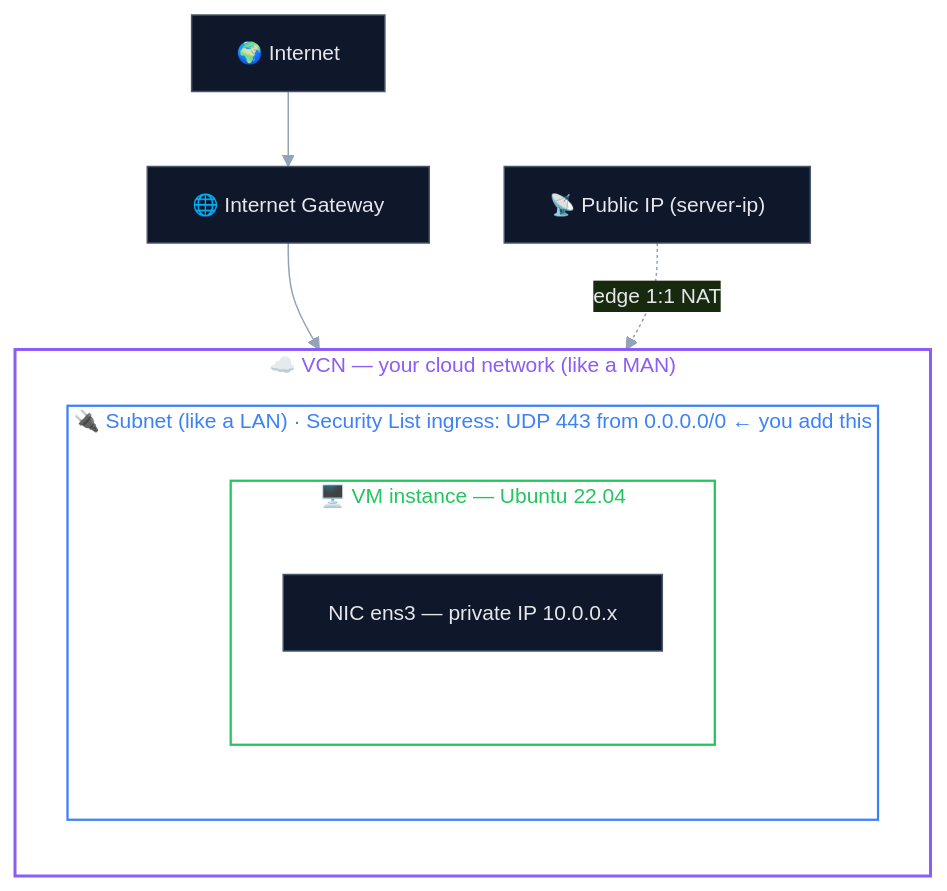
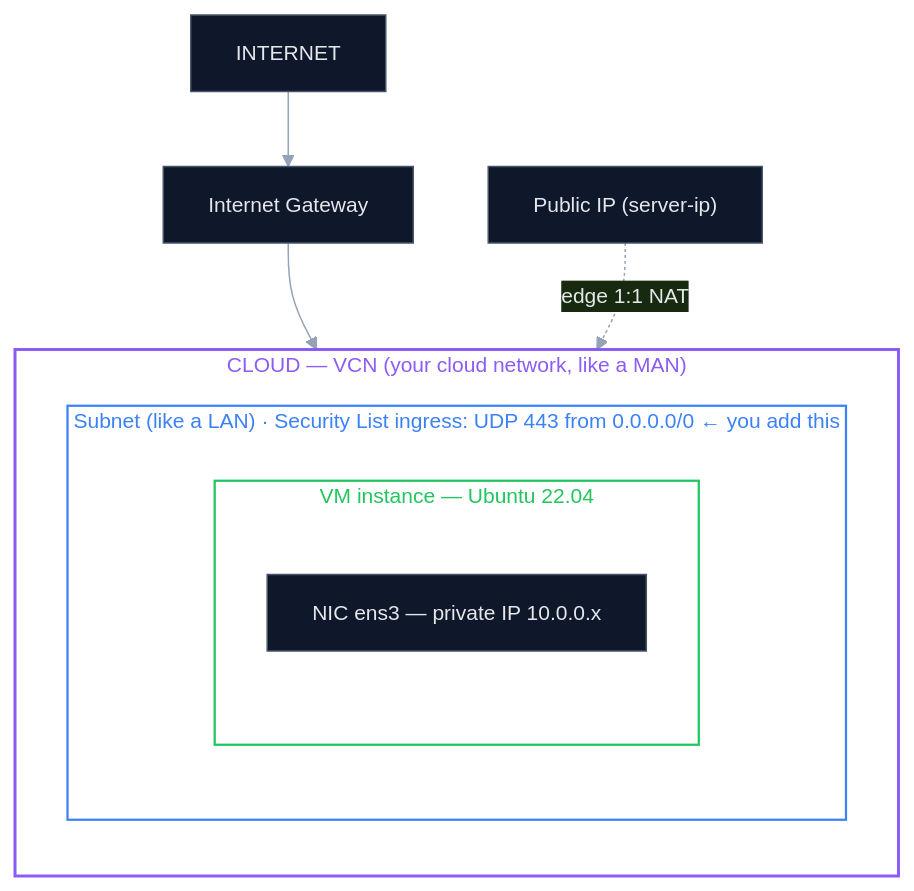
One commit to codereyinish/ColdVPN changed the diagram in server/CREATE-VM.md. Above: the diagram before and after it, drawn with Mermaid. The commit also changed 1 other file, not shown here.

Commit message:
Diagrams: plain names (CARRIER/CLOUD/VM/INTERNET) instead of emoji

````diff
--- a/server/CREATE-VM.md
+++ b/server/CREATE-VM.md
@@ -17,23 +17,23 @@
 ```mermaid
 %%{init: {'theme':'base','themeVariables':{'primaryColor':'#0f172a','primaryTextColor':'#e5e7eb','primaryBorderColor':'#475569','lineColor':'#94a3b8','fontSize':'14px'}}}%%
 flowchart TD
-    Net["🌍 Internet"] --> IGW["🌐 Internet Gateway"]
+    Net["INTERNET"] --> IGW["Internet Gateway"]
     IGW --> VCN
 
-    subgraph VCN["☁️ VCN — your cloud network (like a MAN)"]
+    subgraph VCN["CLOUD — VCN (your cloud network, like a MAN)"]
         direction TB
-        subgraph SUB["🔌 Subnet (like a LAN) · Security List ingress: UDP 443 from 0.0.0.0/0 ← you add this"]
+        subgraph SUB["Subnet (like a LAN) · Security List ingress: UDP 443 from 0.0.0.0/0 ← you add this"]
             direction TB
-            subgraph VM["🖥️ VM instance — Ubuntu 22.04"]
+            subgraph VM["VM instance — Ubuntu 22.04"]
                 direction TB
                 ENS3["NIC ens3 — private IP 10.0.0.x"]
             end
         end
     end
 
-    PUB["📡 Public IP (server-ip)"] -. "edge 1:1 NAT" .-> VM
+    PUB["Public IP (server-ip)"] -. "edge 1:1 NAT" .-> VM
 
     style VCN fill:none,stroke:#8b5cf6,stroke-width:2px,color:#8b5cf6
     style SUB fill:none,stroke:#3b82f6,stroke-width:1.5px,color:#3b82f6
     style VM fill:none,stroke:#22c55e,stroke-width:1.5px,color:#22c55e
 ```
````
